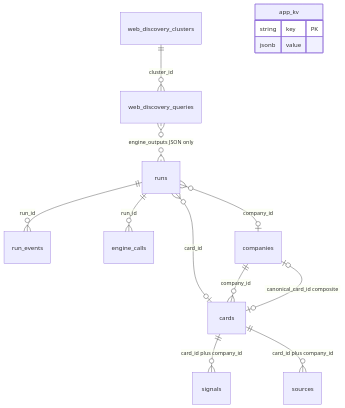
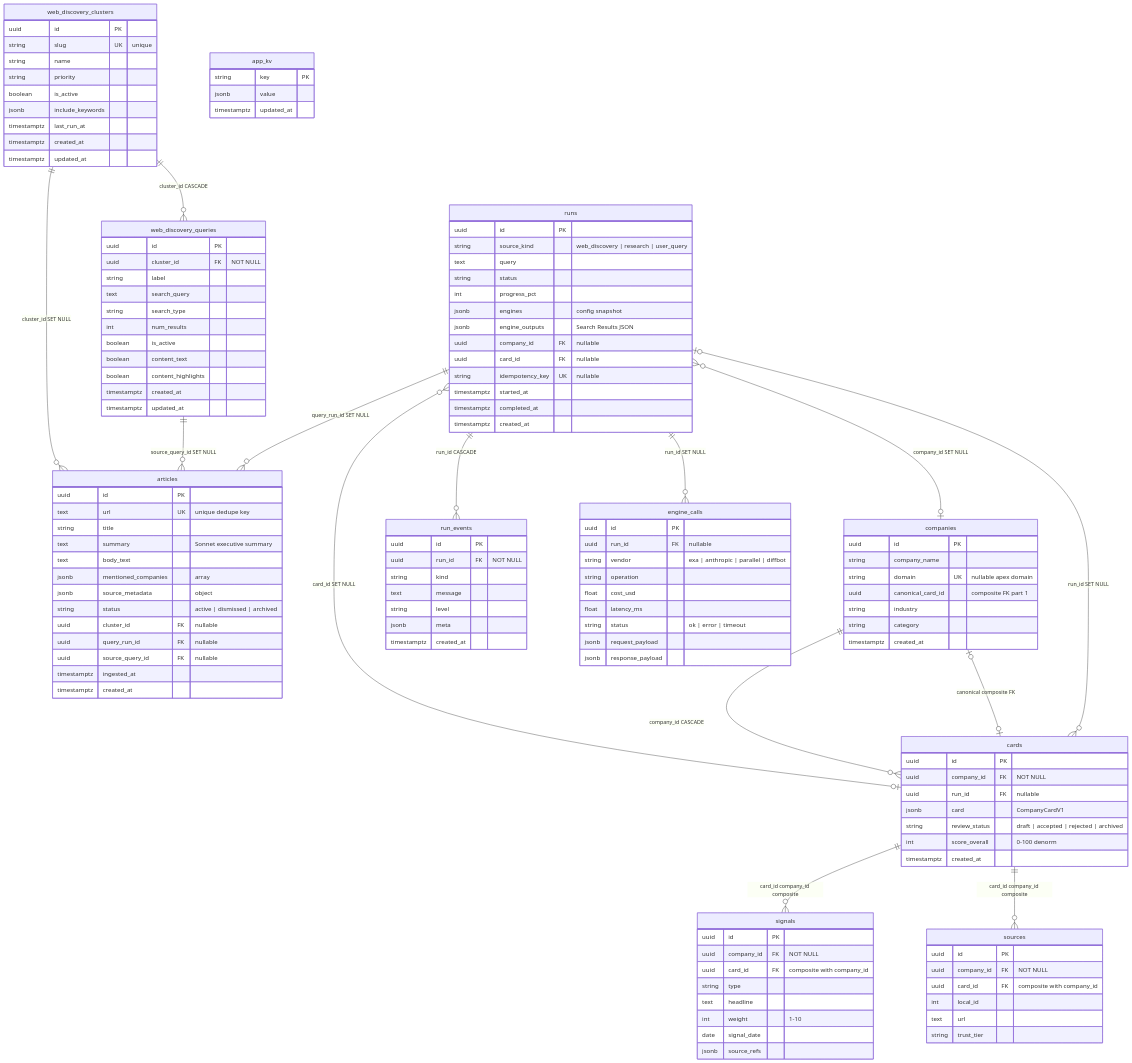
The second of 10 diagrams in docs/phase-1/P1-04-admin.md (Growth-Maschine/NORAD-INTEL-ENGINE-V1), drawn with Mermaid before and after one commit. The commit also changed other lines of this file, not shown here.

First line of the commit message:
docs(phase-1): update admin documentation for schema clarity and foreign key references

````diff
--- a/docs/phase-1/P1-04-admin.md
+++ b/docs/phase-1/P1-04-admin.md
@@ -700,22 +705,145 @@
 ```mermaid
 erDiagram
-    web_discovery_clusters ||--o{ web_discovery_queries : cluster_id
+    web_discovery_clusters {
+        uuid id PK
+        string slug UK "unique"
+        string name
+        string priority
+        boolean is_active
+        jsonb include_keywords
+        timestamptz last_run_at
+        timestamptz created_at
+        timestamptz updated_at
+    }
 
-    web_discovery_queries }o..o{ runs : "engine_outputs JSON only"
+    web_discovery_queries {
+        uuid id PK
+        uuid cluster_id FK "NOT NULL"
+        string label
+        text search_query
+        string search_type
+        int num_results
+        boolean is_active
+        boolean content_text
+        boolean content_highlights
+        timestamptz created_at
+        timestamptz updated_at
+    }
 
-    runs ||--o{ run_events : run_id
-    runs ||--o{ engine_calls : run_id
-    runs }o--o| companies : company_id
-    runs }o--o| cards : card_id
+    runs {
+        uuid id PK
+        string source_kind "web_discovery | research | user_query"
+        text query
+        string status
+        int progress_pct
+        jsonb engines "config snapshot"
+        jsonb engine_outputs "Search Results JSON"
+        uuid company_id FK "nullable"
+        uuid card_id FK "nullable"
+        string idempotency_key UK "nullable"
+        timestamptz started_at
+        timestamptz completed_at
+        timestamptz created_at
+    }
 
-    companies ||--o{ cards : company_id
-    companies |o--o| cards : "canonical_card_id composite"
+    articles {
+        uuid id PK
+        text url UK "unique dedupe key"
+        string title
+        text summary "Sonnet executive summary"
+        text body_text
+        jsonb mentioned_companies "array"
+        jsonb source_metadata "object"
+        string status "active | dismissed | archived"
+        uuid cluster_id FK "nullable"
+        uuid query_run_id FK "nullable"
+        uuid source_query_id FK "nullable"
+        timestamptz ingested_at
+        timestamptz created_at
+    }
 
-    cards ||--o{ signals : "card_id plus company_id"
-    cards ||--o{ sources : "card_id plus company_id"
+    companies {
+        uuid id PK
+        string company_name
+        string domain UK "nullable apex domain"
+        uuid canonical_card_id "composite FK part 1"
+        string industry
+        string category
+        timestamptz created_at
+    }
+
+    cards {
+        uuid id PK
+        uuid company_id FK "NOT NULL"
+        uuid run_id FK "nullable"
+        jsonb card "CompanyCardV1"
+        string review_status "draft | accepted | rejected | archived"
+        int score_overall "0-100 denorm"
+        timestamptz created_at
+    }
+
+    signals {
+        uuid id PK
+        uuid company_id FK "NOT NULL"
+        uuid card_id FK "composite with company_id"
+        string type
+        text headline
+        int weight "1-10"
+        date signal_date
+        jsonb source_refs
+    }
+
+    sources {
+        uuid id PK
+        uuid company_id FK "NOT NULL"
+        uuid card_id FK "composite with company_id"
+        int local_id
+        text url
+        string trust_tier
+    }
+
+    run_events {
+        uuid id PK
+        uuid run_id FK "NOT NULL"
+        string kind
+        text message
+        string level
+        jsonb meta
+        timestamptz created_at
+    }
+
+    engine_calls {
+        uuid id PK
+        uuid run_id FK "nullable"
+        string vendor "exa | anthropic | parallel | diffbot"
+        string operation
+        float cost_usd
+        float latency_ms
+        string status "ok | error | timeout"
+        jsonb request_payload
+        jsonb response_payload
+    }
 
     app_kv {
         string key PK
         jsonb value
+        timestamptz updated_at
     }
+
+    web_discovery_clusters ||--o{ web_discovery_queries : "cluster_id CASCADE"
+    web_discovery_clusters ||--o{ articles : "cluster_id SET NULL"
+    web_discovery_queries ||--o{ articles : "source_query_id SET NULL"
+
+    runs ||--o{ articles : "query_run_id SET NULL"
+    runs ||--o{ run_events : "run_id CASCADE"
+    runs ||--o{ engine_calls : "run_id SET NULL"
+
+    runs }o--o| companies : "company_id SET NULL"
+    runs }o--o| cards : "card_id SET NULL"
+    cards }o--o| runs : "run_id SET NULL"
+
+    companies ||--o{ cards : "company_id CASCADE"
+    companies |o--o| cards : "canonical composite FK"
+    cards ||--o{ signals : "card_id company_id composite"
+    cards ||--o{ sources : "card_id company_id composite"
 ```
````
